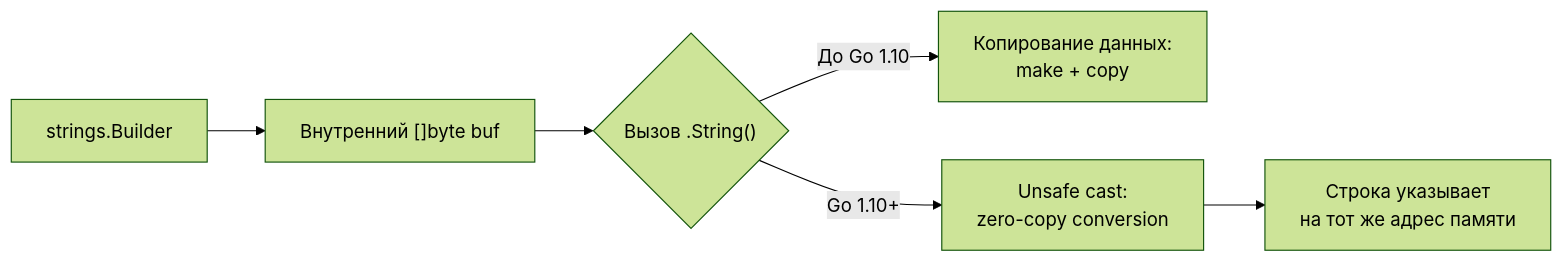
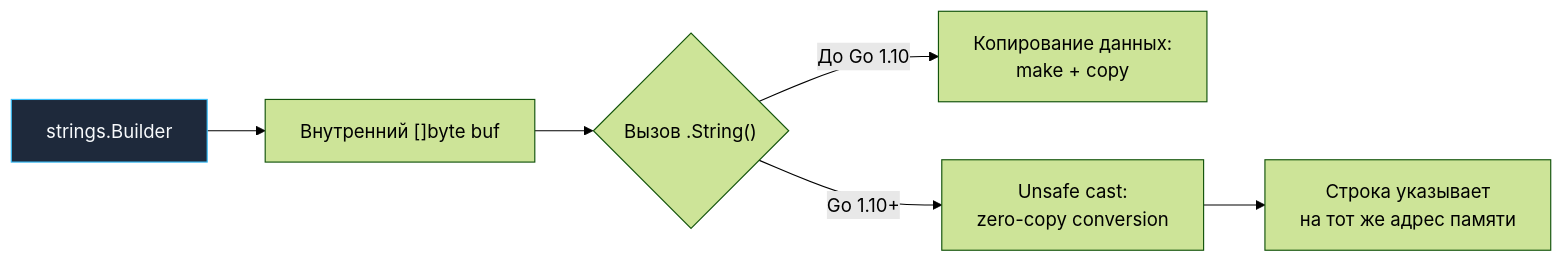
The diagram in sources/6. Стандартная библиотека Go/7. strings. Работа со строками.md (UnrealTemplier/go-textbook), drawn with Mermaid (forest theme) before and after one commit. The commit also changed 1666 other files, not shown here.

First line of the commit message:
feat(mermaid): add semantic color classDef to 1369 colorless flowchart/graph diagrams

````diff
--- a/sources/6. Стандартная библиотека Go/7. strings. Работа со строками.md
+++ b/sources/6. Стандартная библиотека Go/7. strings. Работа со строками.md
@@ -112,8 +112,18 @@
 ```mermaid
 flowchart LR
-    A["strings.Builder"] --> B["Внутренний []byte buf"]
+    classDef process  fill:#1e293b,stroke:#38bdf8,stroke-width:1px,color:#f8fafc
+    classDef success  fill:#064e3b,stroke:#34d399,stroke-width:1px,color:#f8fafc
+    classDef error    fill:#7f1d1d,stroke:#f87171,stroke-width:1px,color:#f8fafc
+    classDef warning  fill:#78350f,stroke:#fbbf24,stroke-width:1px,color:#f8fafc
+    classDef entry    fill:#1e3a5f,stroke:#38bdf8,stroke-width:2px,color:#f8fafc
+    classDef aux      fill:#334155,stroke:#64748b,stroke-width:1px,color:#f8fafc
+    classDef system   fill:#312e81,stroke:#a78bfa,stroke-width:1px,color:#f8fafc
+    classDef data     fill:#132d29,stroke:#2dd4bf,stroke-width:1px,color:#f8fafc
+    classDef network  fill:#881337,stroke:#fb7185,stroke-width:1px,color:#f8fafc
+    classDef accent   fill:#1e1b4b,stroke:#818cf8,stroke-width:1px,color:#f8fafc
+    A["strings.Builder"]:::process --> B["Внутренний []byte buf"]
     B --> C{"Вызов .String()"}
     C -->|До Go 1.10| D["Копирование данных:<br>make + copy"]
     C -->|Go 1.10+| E["Unsafe cast:<br>zero-copy conversion"]
     E --> F["Строка указывает<br>на тот же адрес памяти"]
 ```
````
